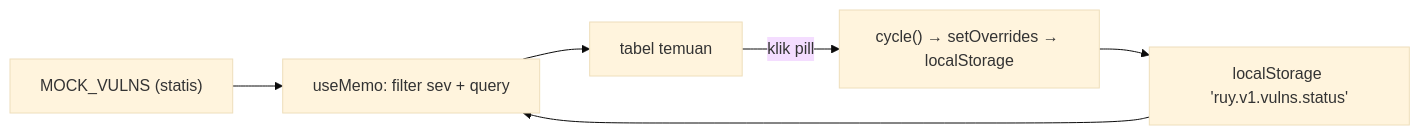
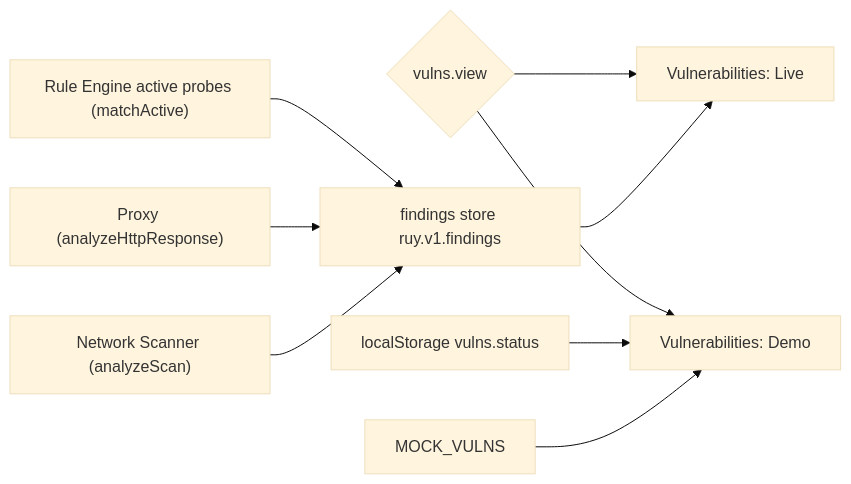
One commit to AlatBekam/Interu changed the diagram in docs/033_vulnerabilities.md. Above: the diagram before and after it, drawn with Mermaid (base theme). The commit also changed other lines of this file and 19 other files, not shown here.

````diff
--- a/docs/033_vulnerabilities.md
+++ b/docs/033_vulnerabilities.md
@@ -21,8 +22,11 @@
 ```mermaid
 flowchart LR
-  V["MOCK_VULNS (statis)"] --> R["useMemo: filter sev + query"]
-  OV["localStorage 'ruy.v1.vulns.status'"] --> R
-  R --> T["tabel temuan"]
-  T -- klik pill --> C["cycle() → setOverrides → localStorage"]
-  C --> OV
+  SC["Network Scanner (analyzeScan)"] --> ST["findings store ruy.v1.findings"]
+  PX["Proxy (analyzeHttpResponse)"] --> ST
+  AC["Rule Engine active probes (matchActive)"] --> ST
+  ST --> LIVE["Vulnerabilities: Live"]
+  MV["MOCK_VULNS"] --> DEMO["Vulnerabilities: Demo"]
+  OV["localStorage vulns.status"] --> DEMO
+  TG{"vulns.view"} --> LIVE
+  TG --> DEMO
 ```
````
